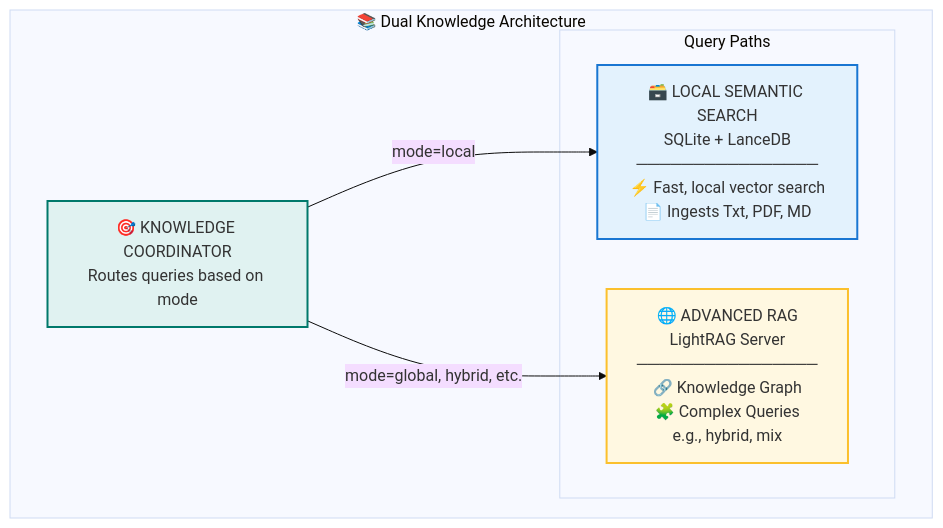
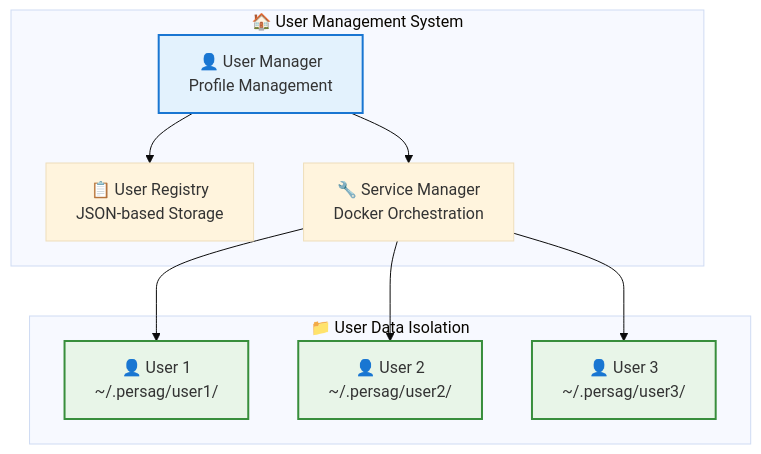
The second of 2 diagrams in README.md (suchanek/personal_agent), drawn with Mermaid (base theme) before and after one commit. The commit also changed other lines of this file, not shown here.

````diff
--- a/README.md
+++ b/README.md
@@ -84,18 +224,25 @@
 ```mermaid
 graph TB
-    subgraph "📚 Dual Knowledge Architecture"
-        KBC["🎯 KNOWLEDGE COORDINATOR<br/>Routes queries based on mode"]
-
-        subgraph "Query Paths"
-            LKB["🗃️ LOCAL SEMANTIC SEARCH<br/>SQLite + LanceDB<br/>────────────────<br/>⚡ Fast, local vector search<br/>📄 Ingests Txt, PDF, MD"]
-            GKB["🌐 ADVANCED RAG<br/>LightRAG Server<br/>────────────────<br/>🔗 Knowledge Graph<br/>🧩 Complex Queries<br/>e.g., hybrid, mix"]
-        end
-        
-        KBC -->|"mode=local"| LKB
-        KBC -->|"mode=global, hybrid, etc."| GKB
+    subgraph "🏠 User Management System"
+        USER_MGR[👤 User Manager<br/>Profile Management]
+        USER_REG[📋 User Registry<br/>JSON-based Storage]
+        SERVICE_MGR[🔧 Service Manager<br/>Docker Orchestration]
     end
-
-    style LKB fill:#e3f2fd,stroke:#1976d2,stroke-width:2px
-    style GKB fill:#fff8e1,stroke:#fbc02d,stroke-width:2px
-    style KBC fill:#e0f2f1,stroke:#00796b,stroke-width:2px
+    
+    subgraph "📁 User Data Isolation"
+        USER1[👤 User 1<br/>~/.persag/user1/]
+        USER2[👤 User 2<br/>~/.persag/user2/]
+        USER3[👤 User 3<br/>~/.persag/user3/]
+    end
+    
+    USER_MGR --> USER_REG
+    USER_MGR --> SERVICE_MGR
+    SERVICE_MGR --> USER1
+    SERVICE_MGR --> USER2
+    SERVICE_MGR --> USER3
+    
+    style USER_MGR fill:#e3f2fd,stroke:#1976d2,stroke-width:2px
+    style USER1 fill:#e8f5e8,stroke:#388e3c,stroke-width:2px
+    style USER2 fill:#e8f5e8,stroke:#388e3c,stroke-width:2px
+    style USER3 fill:#e8f5e8,stroke:#388e3c,stroke-width:2px
 ```
````
